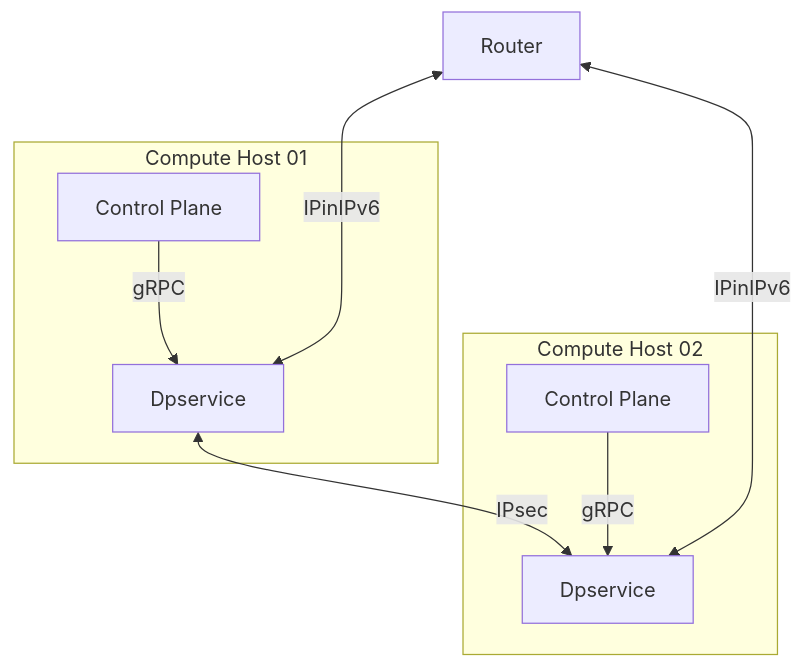
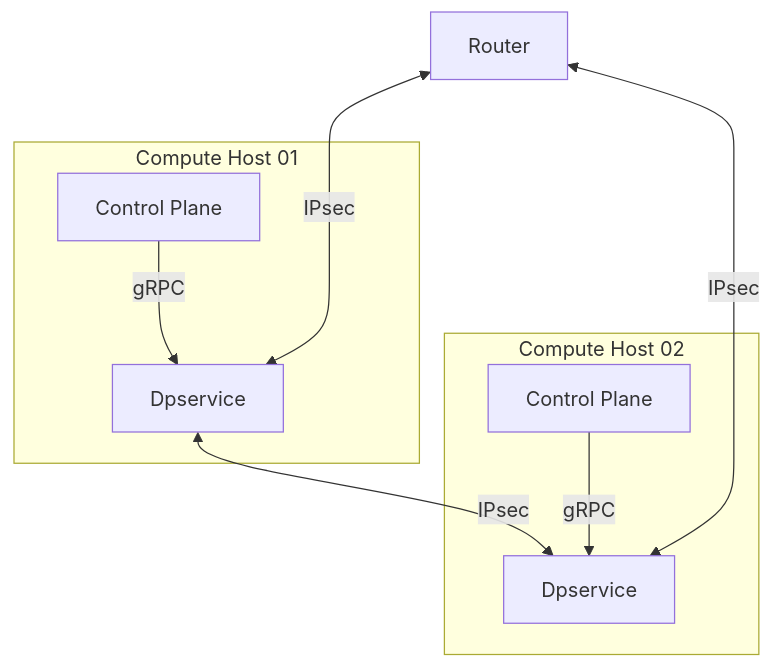
Before and after one commit to ironcore-dev/enhancements: the diagram in ieps/NNNN-underlay-encryption-dpservice.md, drawn with Mermaid. The commit also changed other lines of this file, not shown here.

````diff
--- a/ieps/NNNN-underlay-encryption-dpservice.md
+++ b/ieps/NNNN-underlay-encryption-dpservice.md
@@ -74,28 +73,28 @@
 ```mermaid
 ---
 config:
 ---
 graph TD
     router["Router"]
     control_plane1["Control Plane"]
     control_plane2["Control Plane"]
 
     dpservice01["Dpservice"]
     dpservice02["Dpservice"]
 
     
 
-    router <---> |IPinIPv6| dpservice01
-    router <---> |IPinIPv6| dpservice02
+    router <---> |IPsec| dpservice01
+    router <---> |IPsec| dpservice02
 
     dpservice01 <--> |IPsec| dpservice02 
 
     subgraph Compute Host 01
         control_plane1 --> |gRPC| dpservice01
     end
 
     subgraph Compute Host 02
         control_plane2 --> |gRPC| dpservice02
     end
 
 ```
````
